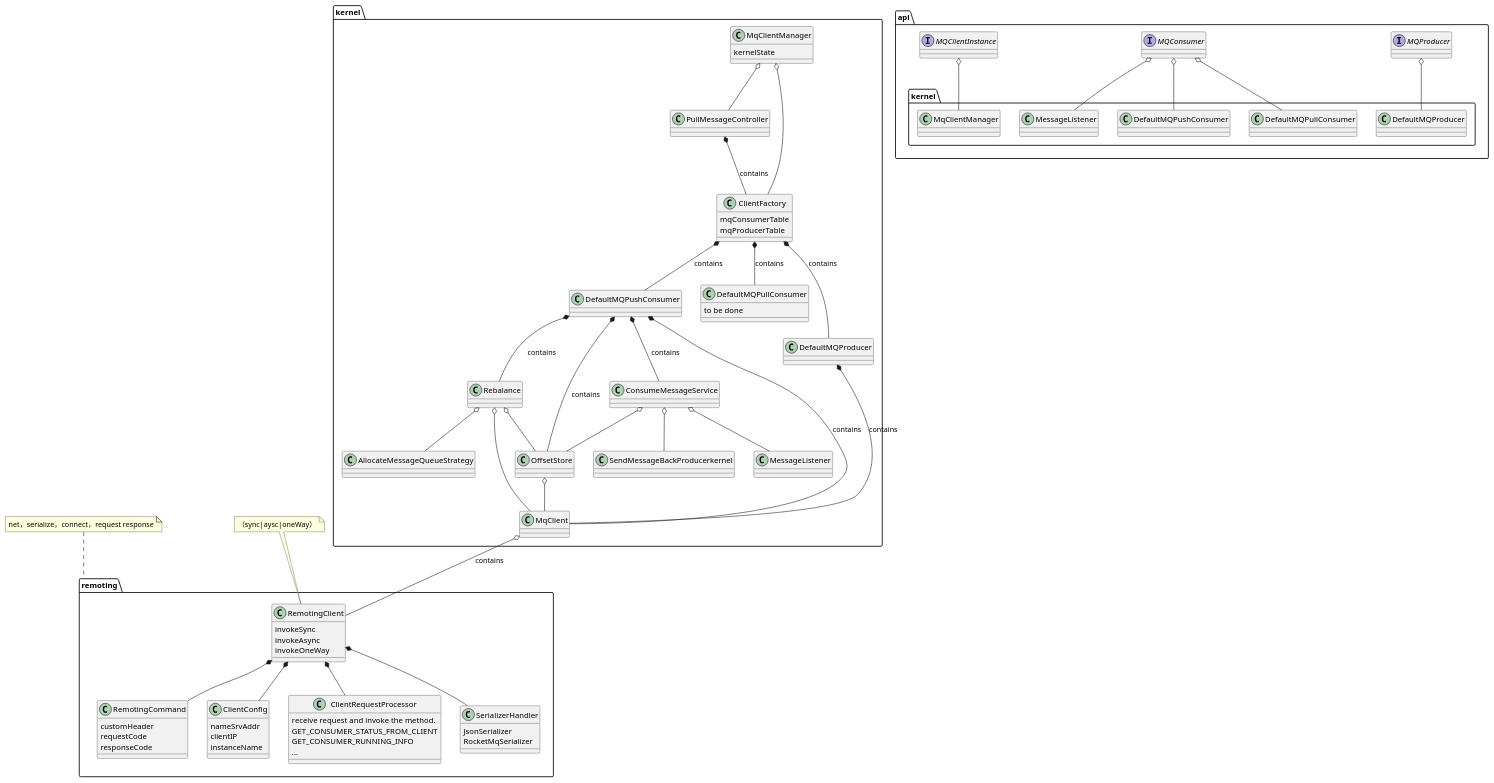
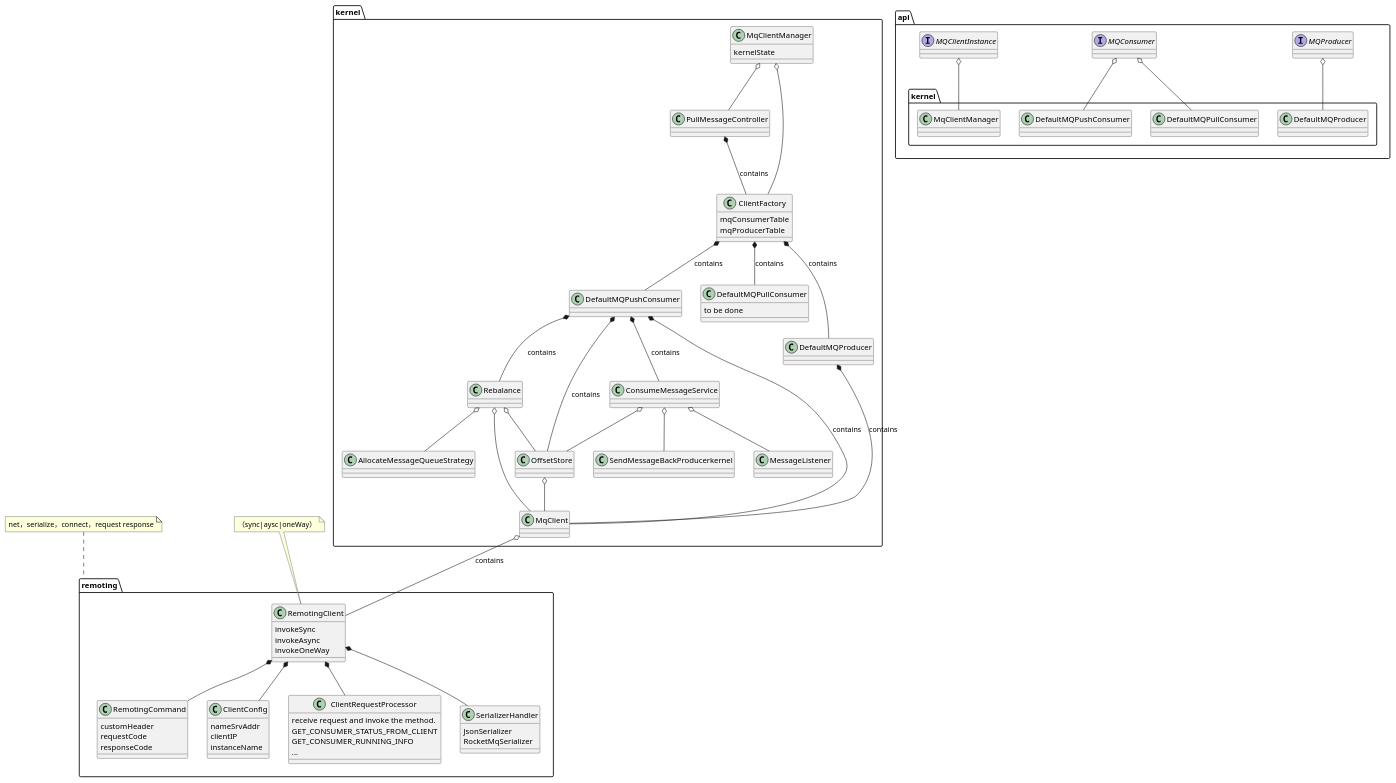
One commit to apache/rocketmq-externals changed the diagram in rocketmq-go/docs/package.puml. Above: the diagram before and after it, drawn with PlantUML. The commit also changed 1 other file, not shown here.

```diff
--- a/rocketmq-go/docs/package.puml
+++ b/rocketmq-go/docs/package.puml
@@ -1,117 +1,115 @@
 @startuml
 interface api.MQProducer{
 
 }
 interface api.MQConsumer{
 
 }
 interface api.MQClientInstance{
 
        
 }
 
 namespace api{
     MQClientInstance o-- kernel.MqClientManager
     MQProducer o-- kernel.DefaultMQProducer
     MQConsumer o-- kernel.DefaultMQPushConsumer
     MQConsumer o-- kernel.DefaultMQPullConsumer
-    MQConsumer o-- kernel.MessageListener
-
 }
 
 class kernel.MqClientManager{
 kernelState
 }
 class kernel.PullMessageController{
 
 }
 class kernel.AllocateMessageQueueStrategy{
 }
 class kernel.ClientFactory{
 mqConsumerTable
 mqProducerTable
 }
 class kernel.DefaultMQPushConsumer{
 }
 class kernel.DefaultMQPullConsumer{
     to be done
 }
 class kernel.DefaultMQProducer{
  }
  class kernel.MqClient{
 
  }
  class kernel.MessageListener{
  }
   class remoting.RemotingClient{
    invokeSync
    invokeAsync
    invokeOneWay
   }
  class remoting.RemotingCommand{
   customHeader
   requestCode
   responseCode
  }
   class remoting.ClientConfig{
    nameSrvAddr
    clientIP
    instanceName
   }
   class remoting.ClientRequestProcessor{
      receive request and invoke the method.
      GET_CONSUMER_STATUS_FROM_CLIENT
      GET_CONSUMER_RUNNING_INFO
      ...
     }
     class remoting.SerializerHandler{
        JsonSerializer
        RocketMqSerializer
     }
 
 
 namespace kernel{
 
 
 kernel.PullMessageController *-- kernel.ClientFactory:contains
     MqClientManager o-- PullMessageController
     MqClientManager o-- ClientFactory
     kernel.ClientFactory *-- DefaultMQPushConsumer:contains
     kernel.ClientFactory *-- DefaultMQPullConsumer:contains
     DefaultMQPushConsumer *-- kernel.MqClient : contains
     DefaultMQPushConsumer *-- kernel.OffsetStore : contains
     DefaultMQPushConsumer *-- kernel.Rebalance : contains
     DefaultMQPushConsumer *-- kernel.ConsumeMessageService : contains
     kernel.ClientFactory *-- DefaultMQProducer:contains
 
     DefaultMQProducer *-- kernel.MqClient :contains
 
 
 }
 
 namespace kernel{
     MqClient o-- remoting.RemotingClient:contains
     OffsetStore o-- MqClient
     Rebalance o-- MqClient
     Rebalance o-- OffsetStore
     Rebalance o-- AllocateMessageQueueStrategy
     ConsumeMessageService o-- SendMessageBackProducerkernel
     ConsumeMessageService o-- OffsetStore
     ConsumeMessageService o-- MessageListener
 }
 
 namespace remoting {
   RemotingClient  *-- RemotingCommand
   RemotingClient *-- ClientConfig
     RemotingClient  *-- ClientRequestProcessor
     RemotingClient *-- SerializerHandler
 
 
 }
 
 
 
 note top of remoting.RemotingClient :（sync|aysc|oneWay）
 note top of remoting :net，serialize，connect，request response
 
 @enduml
```
